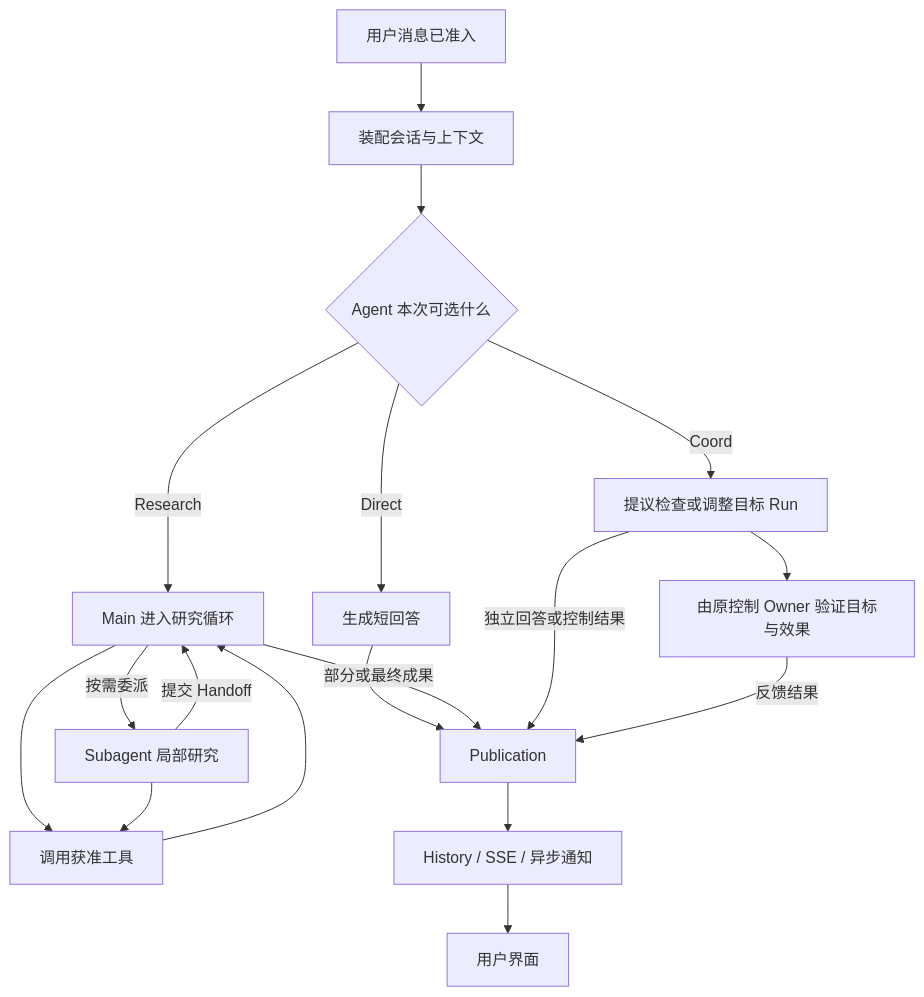
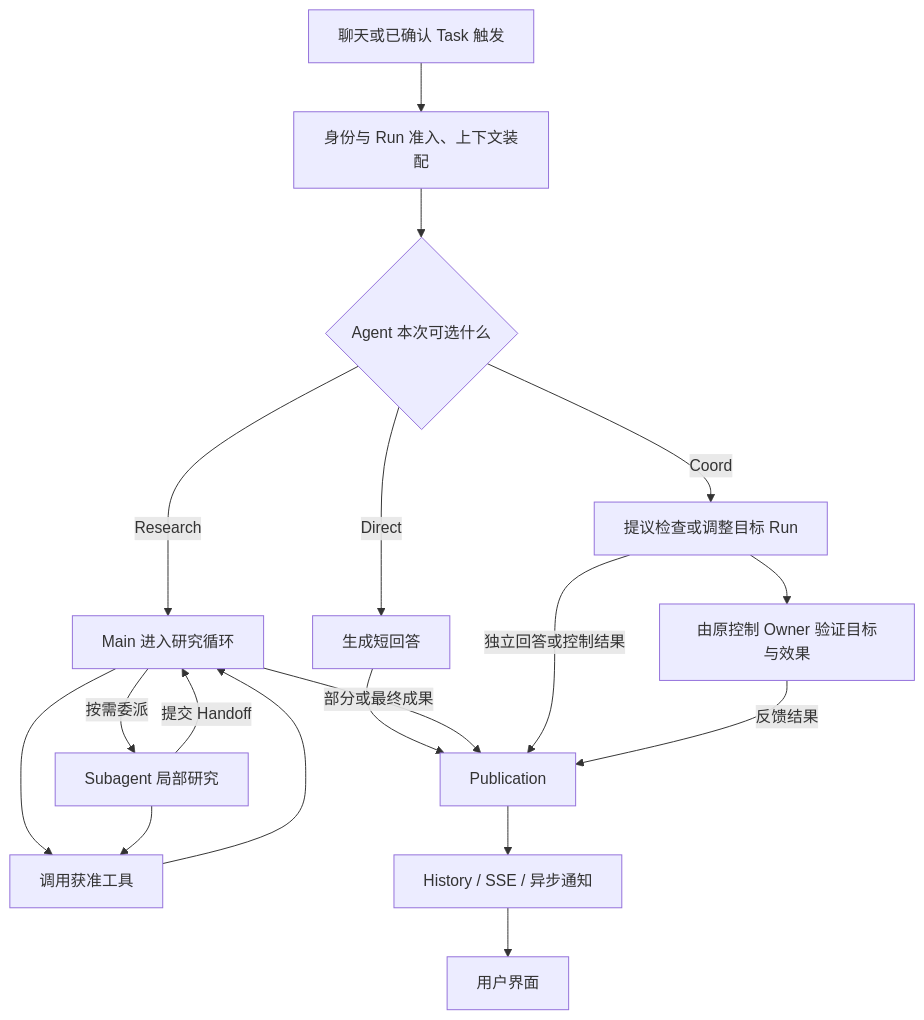
The diagram in articles/017-prompt-to-answer-six-layer-panorama-v3.md (hpoenixf/eff-agent-article), drawn with Mermaid before and after one commit. The commit also changed other lines of this file and 4 other files, not shown here.

````diff
--- a/articles/017-prompt-to-answer-six-layer-panorama-v3.md
+++ b/articles/017-prompt-to-answer-six-layer-panorama-v3.md
@@ -57,20 +66,20 @@
 ```mermaid
 flowchart TD
-    U[用户消息已准入] --> C[装配会话与上下文]
+    U[聊天或已确认 Task 触发] --> C[身份与 Run 准入、上下文装配]
     C --> E{Agent 本次可选什么}
     E -->|Direct| D[生成短回答]
     E -->|Research| R[Main 进入研究循环]
     E -->|Coord| Q[提议检查或调整目标 Run]
     R --> T[调用获准工具]
     T --> R
     R -->|按需委派| S[Subagent 局部研究]
     S --> T
     S -->|提交 Handoff| R
     Q --> X[由原控制 Owner 验证目标与效果]
     D --> P[Publication]
     R -->|部分或最终成果| P
     Q -->|独立回答或控制结果| P
     X -->|反馈结果| P
     P --> H[History / SSE / 异步通知]
     H --> V[用户界面]
 ```
````
